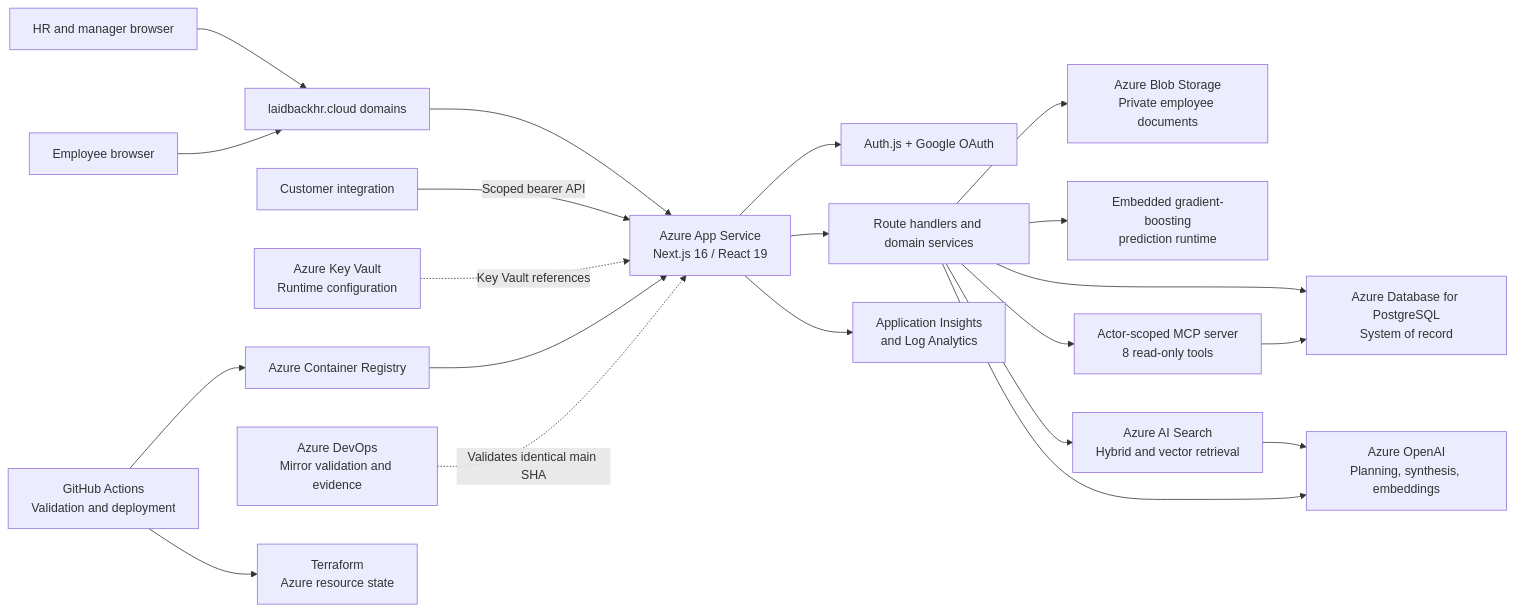
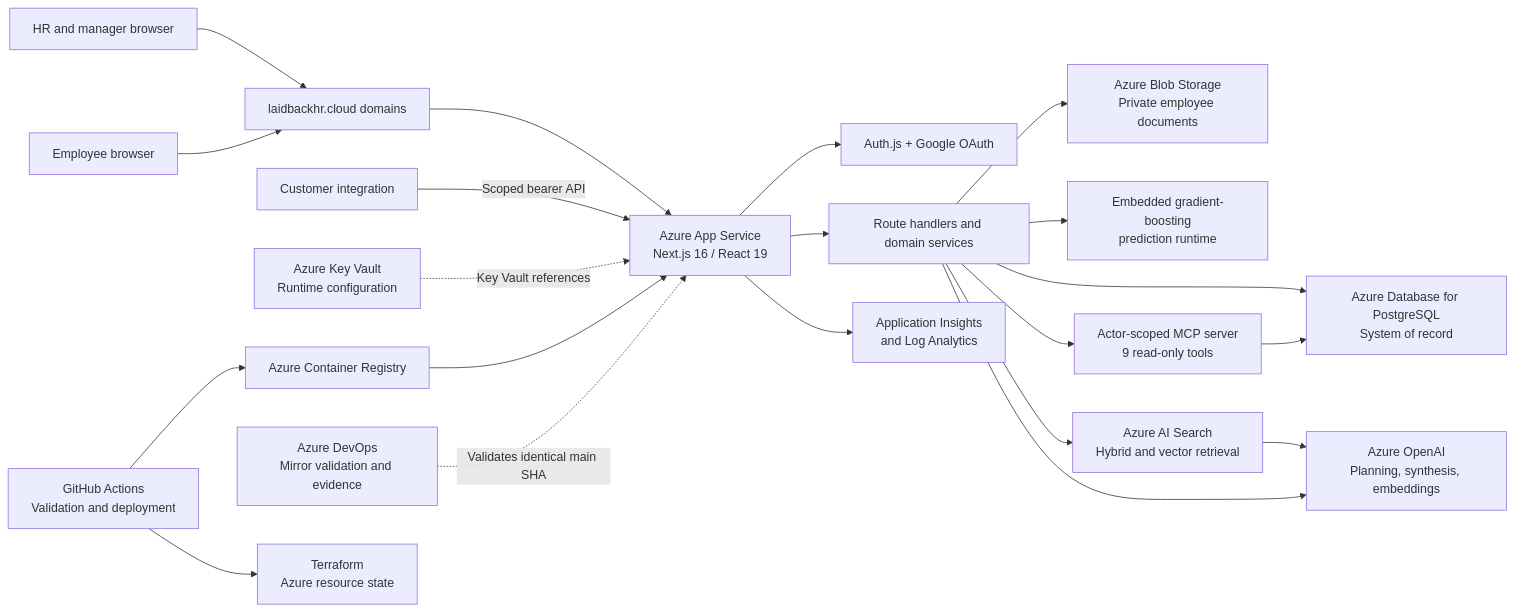
The first of 3 diagrams in README.md (pranavreddyg17/HR-Analytics-Dashboard), drawn with Mermaid before and after one commit. The commit also changed other lines of this file and 57 other files, not shown here.

````diff
--- a/README.md
+++ b/README.md
@@ -68,41 +71,41 @@
 ```mermaid
 flowchart LR
     HR["HR and manager browser"]
     Employee["Employee browser"]
     Integrator["Customer integration"]
     DNS["laidbackhr.cloud domains"]
     Web["Azure App Service\nNext.js 16 / React 19"]
     Auth["Auth.js + Google OAuth"]
     API["Route handlers and domain services"]
     PG["Azure Database for PostgreSQL\nSystem of record"]
     Blob["Azure Blob Storage\nPrivate employee documents"]
     Model["Embedded gradient-boosting\nprediction runtime"]
-    MCP["Actor-scoped MCP server\n8 read-only tools"]
+    MCP["Actor-scoped MCP server\n9 read-only tools"]
     Search["Azure AI Search\nHybrid and vector retrieval"]
     OpenAI["Azure OpenAI\nPlanning, synthesis, embeddings"]
     KV["Azure Key Vault\nRuntime configuration"]
     Monitor["Application Insights\nand Log Analytics"]
     ACR["Azure Container Registry"]
     GitHub["GitHub Actions\nValidation and deployment"]
     AzDO["Azure DevOps\nMirror validation and evidence"]
     TF["Terraform\nAzure resource state"]
 
     HR --> DNS --> Web
     Employee --> DNS
     Integrator -->|"Scoped bearer API"| Web
     Web --> Auth
     Web --> API
     API --> PG
     API --> Blob
     API --> Model
     API --> MCP
     MCP --> PG
     API --> Search
     Search --> OpenAI
     API --> OpenAI
     KV -. "Key Vault references" .-> Web
     Web --> Monitor
     GitHub --> ACR --> Web
     GitHub --> TF
     AzDO -. "Validates identical main SHA" .-> Web
 ```
````
